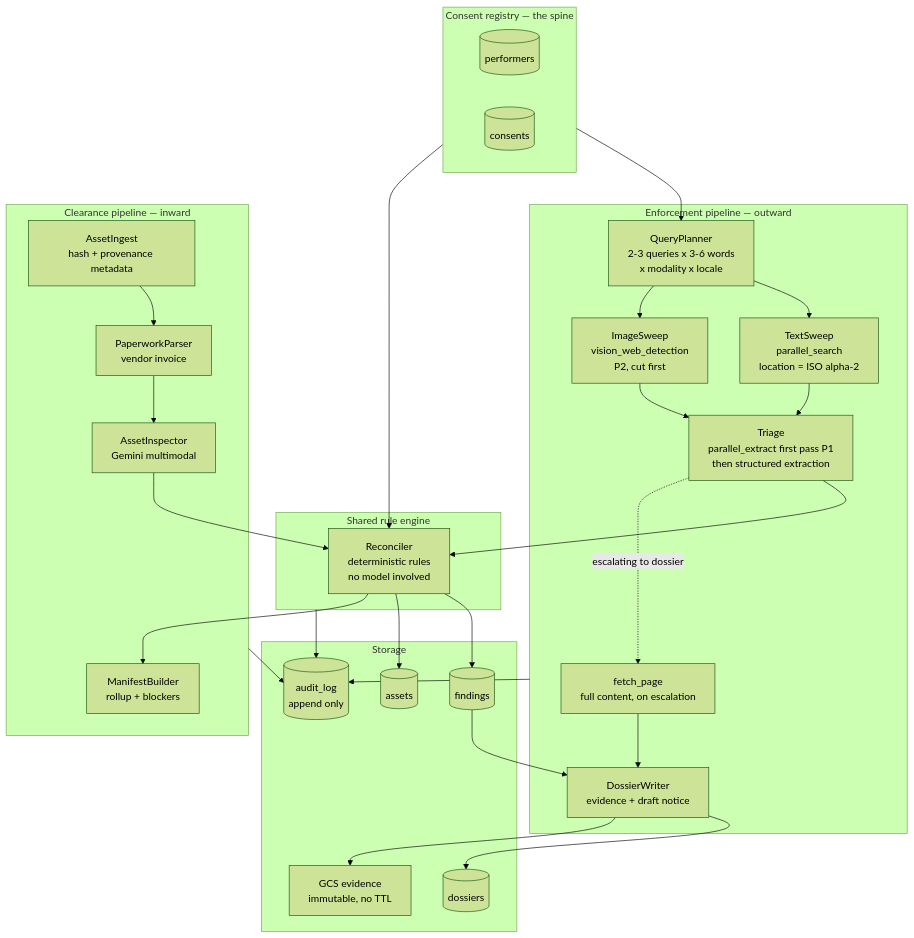
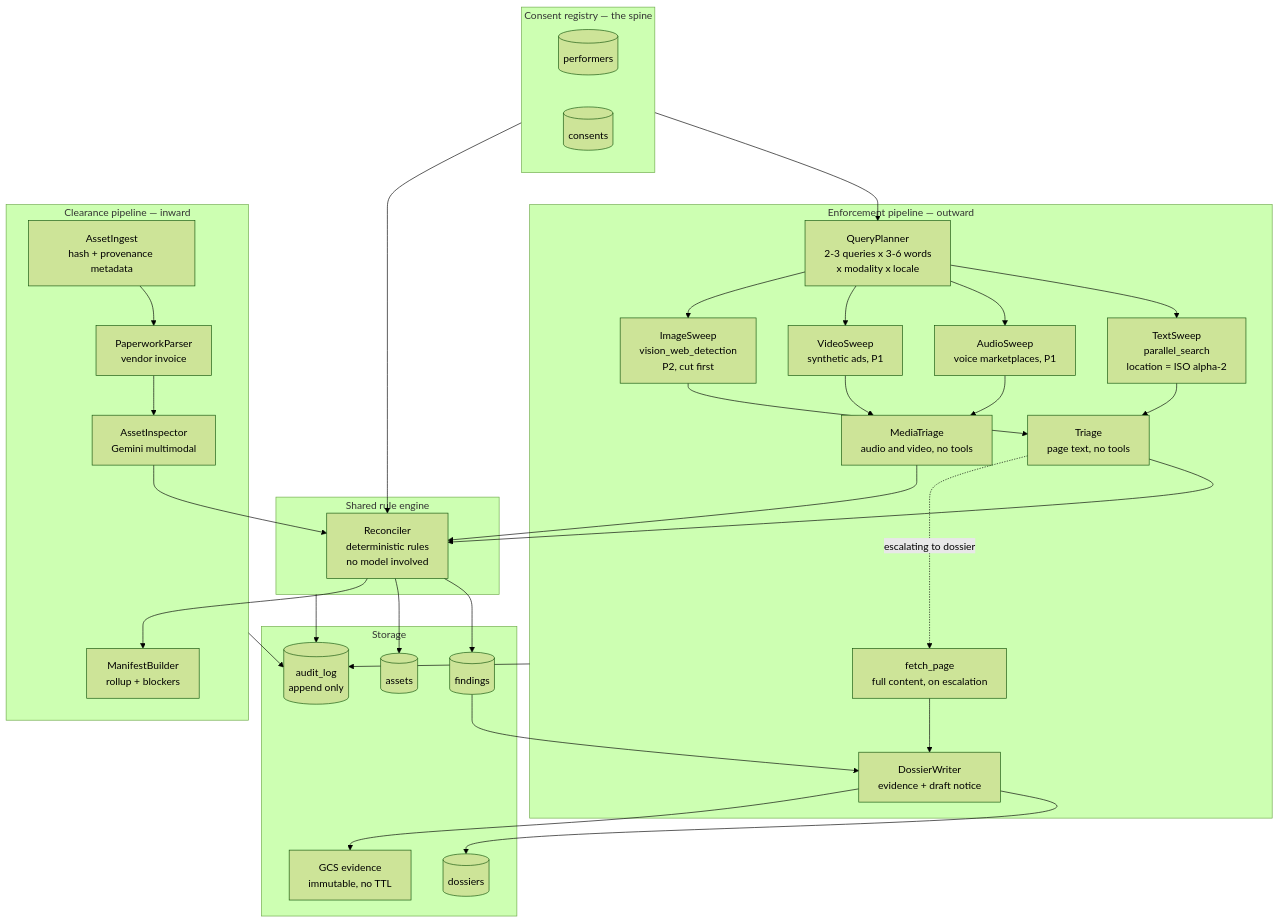
One commit to PRACHIT27/Consentinel changed the second of 9 diagrams in ARCHITECTURE.md. Above: the diagram before and after it, drawn with Mermaid (forest theme). The commit also changed other lines of this file and 12 other files, not shown here.

````diff
--- a/ARCHITECTURE.md
+++ b/ARCHITECTURE.md
@@ -69,57 +70,65 @@
 ```mermaid
 flowchart TB
     subgraph REG["Consent registry — the spine"]
         R1[("performers")]
         R2[("consents")]
     end
 
     subgraph ENF["Enforcement pipeline — outward"]
         E1["QueryPlanner<br/>2-3 queries x 3-6 words<br/>x modality x locale"]
         E2["TextSweep<br/>parallel_search<br/>location = ISO alpha-2"]
+        E7["AudioSweep<br/>voice marketplaces, P1"]
+        E8["VideoSweep<br/>synthetic ads, P1"]
         E3["ImageSweep<br/>vision_web_detection<br/>P2, cut first"]
-        E4["Triage<br/>parallel_extract first pass P1<br/>then structured extraction"]
+        E4["Triage<br/>page text, no tools"]
+        E9["MediaTriage<br/>audio and video, no tools"]
         E6["fetch_page<br/>full content, on escalation"]
         E5["DossierWriter<br/>evidence + draft notice"]
     end
 
     subgraph RULE["Shared rule engine"]
         RE["Reconciler<br/>deterministic rules<br/>no model involved"]
     end
 
     subgraph CLR["Clearance pipeline — inward"]
         C1["AssetIngest<br/>hash + provenance metadata"]
         C2["PaperworkParser<br/>vendor invoice"]
         C3["AssetInspector<br/>Gemini multimodal"]
         C4["ManifestBuilder<br/>rollup + blockers"]
     end
 
     subgraph STORE["Storage"]
         S1[("findings")]
         S2[("assets")]
         S3[("dossiers")]
         S4[("audit_log<br/>append only")]
         S5["GCS evidence<br/>immutable, no TTL"]
     end
 
     REG --> E1
     E1 --> E2
+    E1 --> E7
+    E1 --> E8
     E1 --> E3
     E2 --> E4
     E3 --> E4
+    E7 --> E9
+    E8 --> E9
     E4 --> RE
+    E9 --> RE
     E4 -.->|"escalating to dossier"| E6
     E6 --> E5
     C1 --> C2
     C2 --> C3
     C3 --> RE
     REG --> RE
     RE --> S1
     RE --> S2
     RE --> C4
     S1 --> E5
     E5 --> S3
     E5 --> S5
     ENF --> S4
     CLR --> S4
     RULE --> S4
 ```
````
